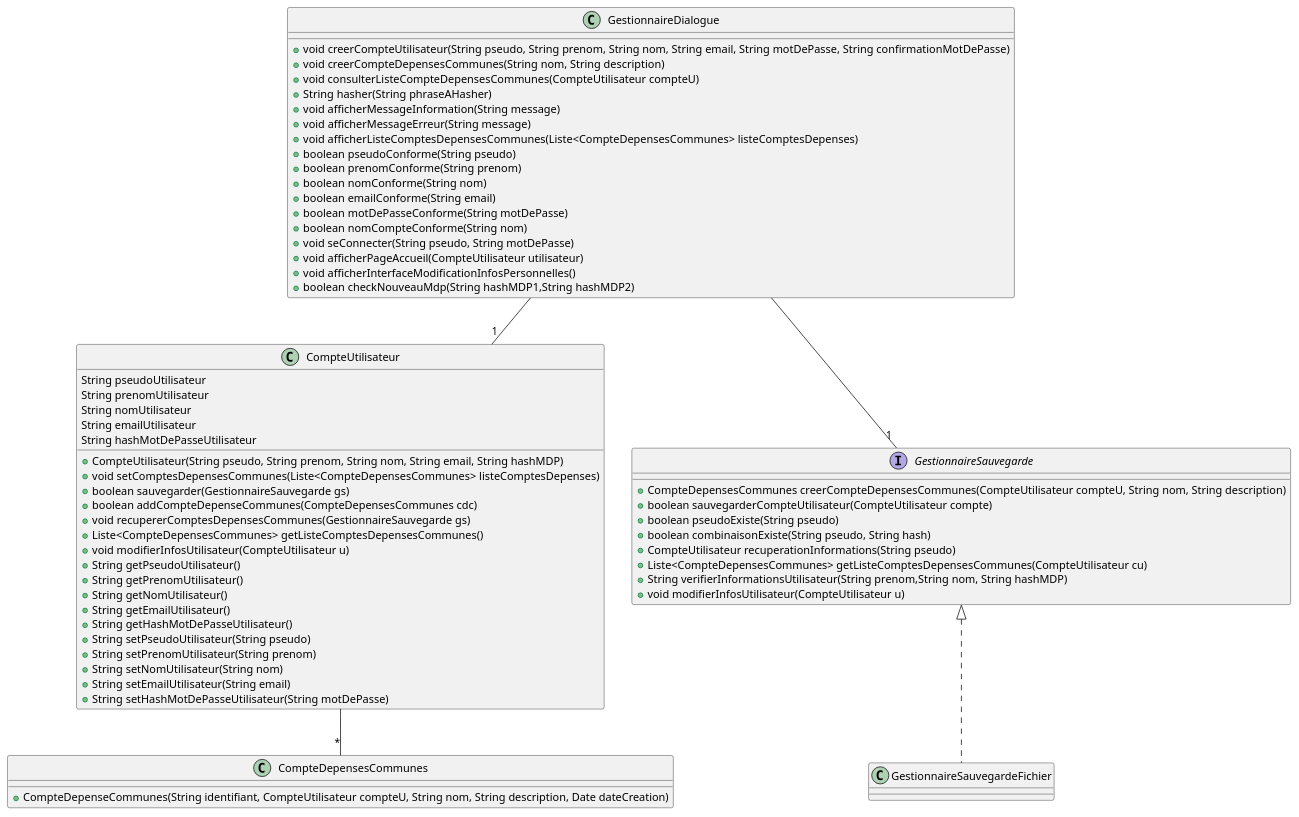
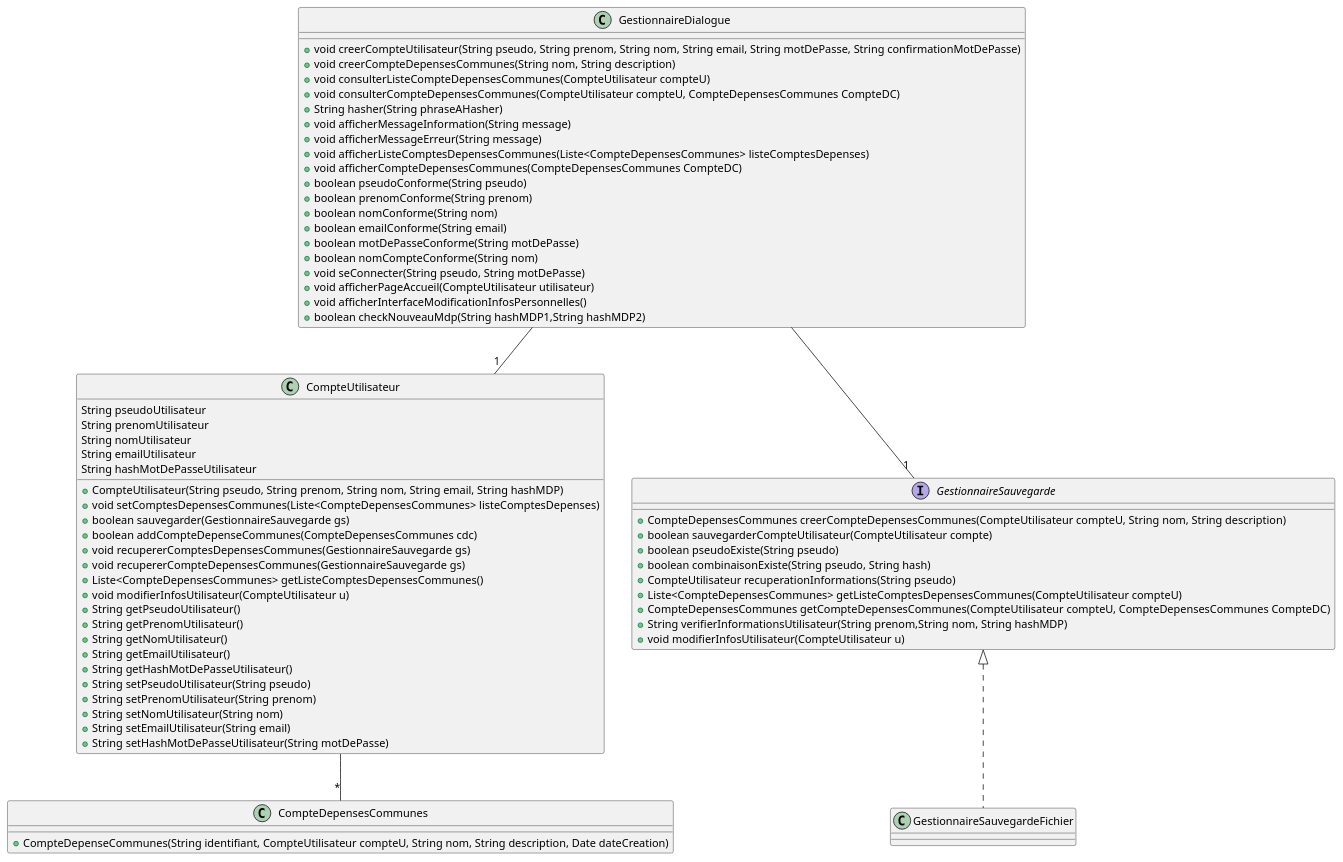
Before and after one commit to lmtb06/sharecount: the diagram in diagrammes/conception/classes.puml, drawn with PlantUML. The commit also changed 2 other files, not shown here.

Commit message:
Modification d'un diagramme "Consulter un compte de dépenses"

```diff
--- a/diagrammes/conception/classes.puml
+++ b/diagrammes/conception/classes.puml
@@ -1,68 +1,72 @@
 @startuml Classes
 
 	class GestionnaireDialogue {
 		+void creerCompteUtilisateur(String pseudo, String prenom, String nom, String email, String motDePasse, String confirmationMotDePasse)
 		+void creerCompteDepensesCommunes(String nom, String description)
 		+void consulterListeCompteDepensesCommunes(CompteUtilisateur compteU)
+		+void consulterCompteDepensesCommunes(CompteUtilisateur compteU, CompteDepensesCommunes CompteDC)
 		+String hasher(String phraseAHasher)
 		+void afficherMessageInformation(String message)
 		+void afficherMessageErreur(String message)
 		+void afficherListeComptesDepensesCommunes(Liste<CompteDepensesCommunes> listeComptesDepenses)
+		+void afficherCompteDepensesCommunes(CompteDepensesCommunes CompteDC)
 		+boolean pseudoConforme(String pseudo)
 		+boolean prenomConforme(String prenom)
 		+boolean nomConforme(String nom)
 		+boolean emailConforme(String email)
 		+boolean motDePasseConforme(String motDePasse)
 		+boolean nomCompteConforme(String nom)
 		+void seConnecter(String pseudo, String motDePasse)
 		+void afficherPageAccueil(CompteUtilisateur utilisateur)
 		+void afficherInterfaceModificationInfosPersonnelles()
 		+boolean checkNouveauMdp(String hashMDP1,String hashMDP2)
 	}
 	GestionnaireDialogue --"1" CompteUtilisateur
 	GestionnaireDialogue --"1" GestionnaireSauvegarde
 
 	interface GestionnaireSauvegarde {
 		+CompteDepensesCommunes creerCompteDepensesCommunes(CompteUtilisateur compteU, String nom, String description)
 		+boolean sauvegarderCompteUtilisateur(CompteUtilisateur compte)
 		+boolean pseudoExiste(String pseudo)
 		+boolean combinaisonExiste(String pseudo, String hash)
 		+CompteUtilisateur recuperationInformations(String pseudo)
-		+Liste<CompteDepensesCommunes> getListeComptesDepensesCommunes(CompteUtilisateur cu)
+		+Liste<CompteDepensesCommunes> getListeComptesDepensesCommunes(CompteUtilisateur compteU)
+		+CompteDepensesCommunes getCompteDepensesCommunes(CompteUtilisateur compteU, CompteDepensesCommunes CompteDC)
 		+String verifierInformationsUtilisateur(String prenom,String nom, String hashMDP)
 		+void modifierInfosUtilisateur(CompteUtilisateur u)
 	}
 
 	class GestionnaireSauvegardeFichier implements GestionnaireSauvegarde {
 
 	}
 	class CompteUtilisateur {
 		String pseudoUtilisateur
 		String prenomUtilisateur
 		String nomUtilisateur
 		String emailUtilisateur
 		String hashMotDePasseUtilisateur
 		+CompteUtilisateur(String pseudo, String prenom, String nom, String email, String hashMDP)
 		+void setComptesDepensesCommunes(Liste<CompteDepensesCommunes> listeComptesDepenses)
 		+boolean sauvegarder(GestionnaireSauvegarde gs)
 		+boolean addCompteDepenseCommunes(CompteDepensesCommunes cdc)
 		+void recupererComptesDepensesCommunes(GestionnaireSauvegarde gs)
+		+void recupererCompteDepensesCommunes(GestionnaireSauvegarde gs)
 		+Liste<CompteDepensesCommunes> getListeComptesDepensesCommunes()
 		+void modifierInfosUtilisateur(CompteUtilisateur u)
 		+String getPseudoUtilisateur()
 		+String getPrenomUtilisateur()
 		+String getNomUtilisateur()
 		+String getEmailUtilisateur()
 		+String getHashMotDePasseUtilisateur()
 		+String setPseudoUtilisateur(String pseudo)
 		+String setPrenomUtilisateur(String prenom)
 		+String setNomUtilisateur(String nom)
 		+String setEmailUtilisateur(String email)
 		+String setHashMotDePasseUtilisateur(String motDePasse)
 	}
 	CompteUtilisateur --"*" CompteDepensesCommunes
 	class CompteDepensesCommunes {
 		+CompteDepenseCommunes(String identifiant, CompteUtilisateur compteU, String nom, String description, Date dateCreation)
 	}
 
 @enduml
```
